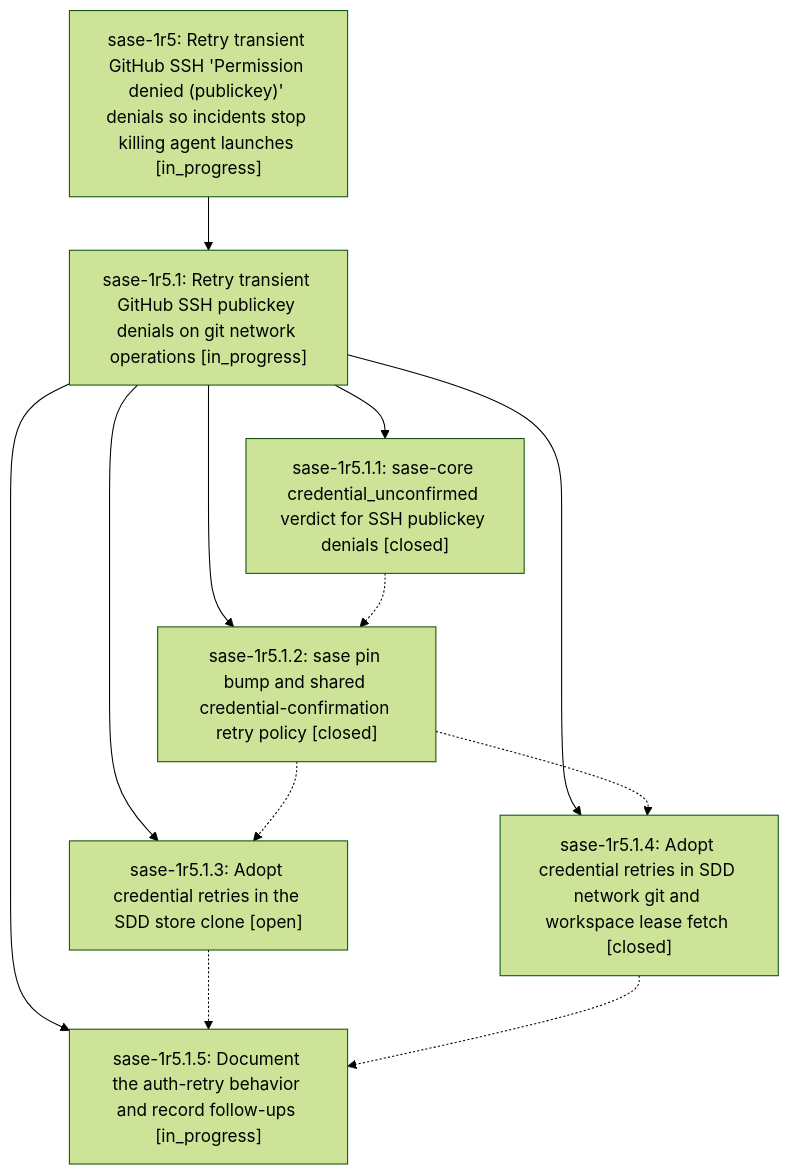
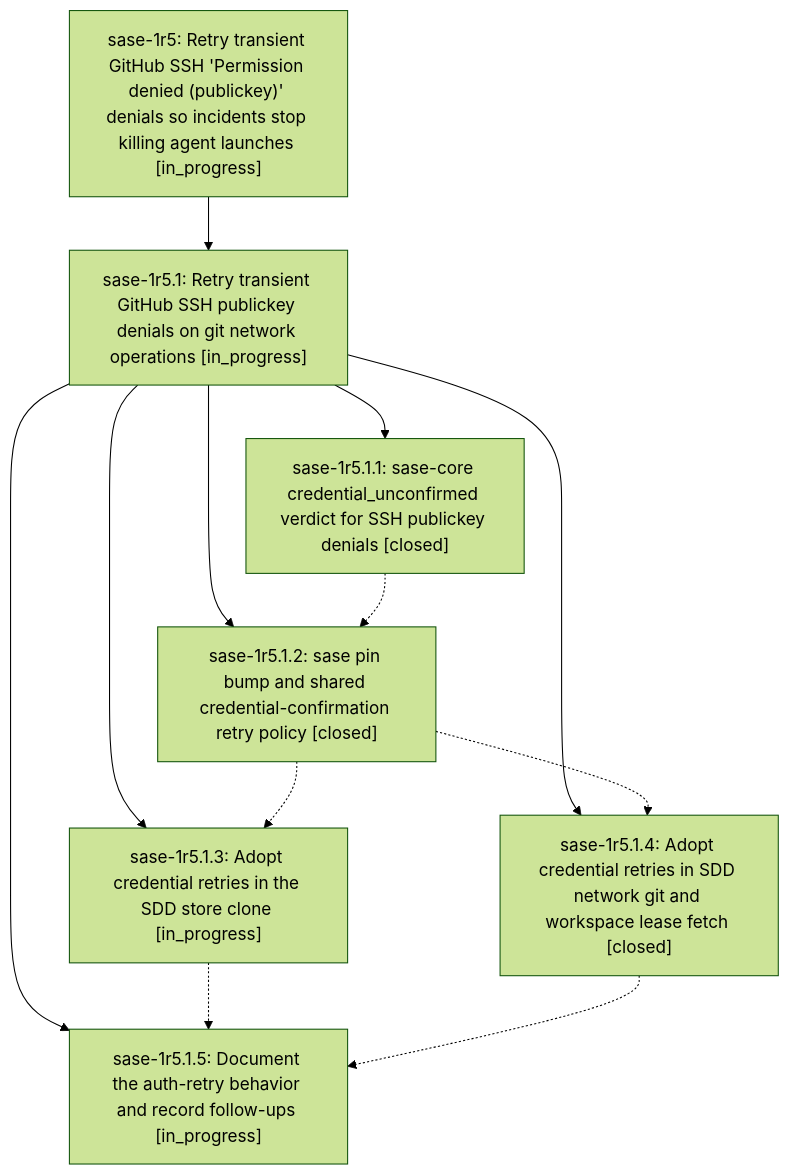
The diagram in pages/sase-1r5/README.md (sase-org/sase--beads), drawn with Mermaid (forest theme) before and after one commit. The commit also changed other lines of this file and 4 other files, not shown here.

````diff
--- a/pages/sase-1r5/README.md
+++ b/pages/sase-1r5/README.md
@@ -105,21 +105,21 @@
 ```mermaid
 flowchart TD
     n0["sase-1r5: Retry transient GitHub SSH 'Permission denied (publickey)' denials so incidents stop killing agent launches [in_progress]"]
     n1["sase-1r5.1: Retry transient GitHub SSH publickey denials on git network operations [in_progress]"]
     n2["sase-1r5.1.1: sase-core credential_unconfirmed verdict for SSH publickey denials [closed]"]
     n3["sase-1r5.1.2: sase pin bump and shared credential-confirmation retry policy [closed]"]
-    n4["sase-1r5.1.3: Adopt credential retries in the SDD store clone [open]"]
+    n4["sase-1r5.1.3: Adopt credential retries in the SDD store clone [in_progress]"]
     n5["sase-1r5.1.4: Adopt credential retries in SDD network git and workspace lease fetch [closed]"]
     n6["sase-1r5.1.5: Document the auth-retry behavior and record follow-ups [in_progress]"]
     n0 --> n1
     n1 --> n2
     n1 --> n3
     n1 --> n4
     n1 --> n5
     n1 --> n6
     n2 -.-> n3
     n3 -.-> n4
     n3 -.-> n5
     n4 -.-> n6
     n5 -.-> n6
 ```
````
